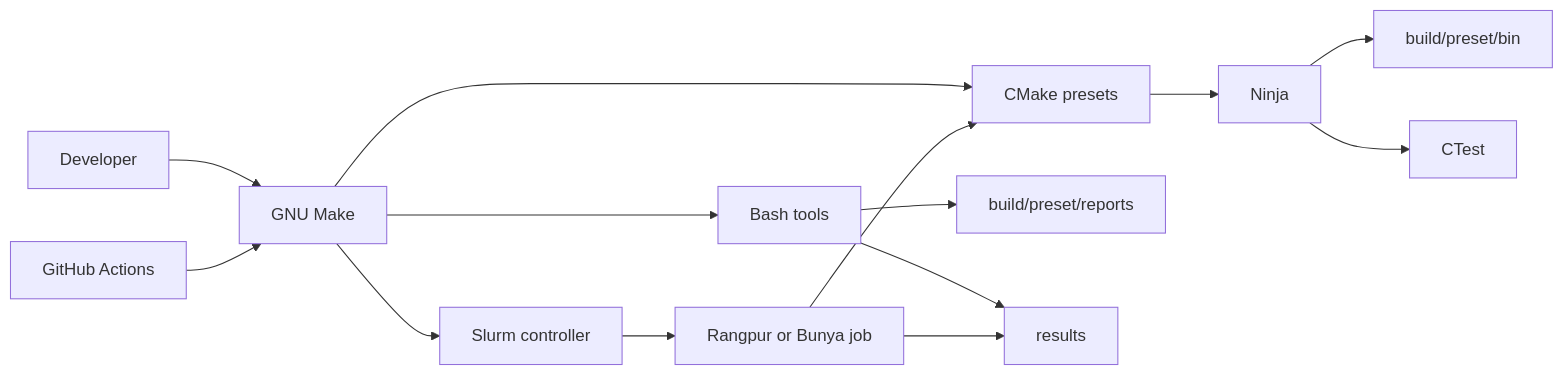
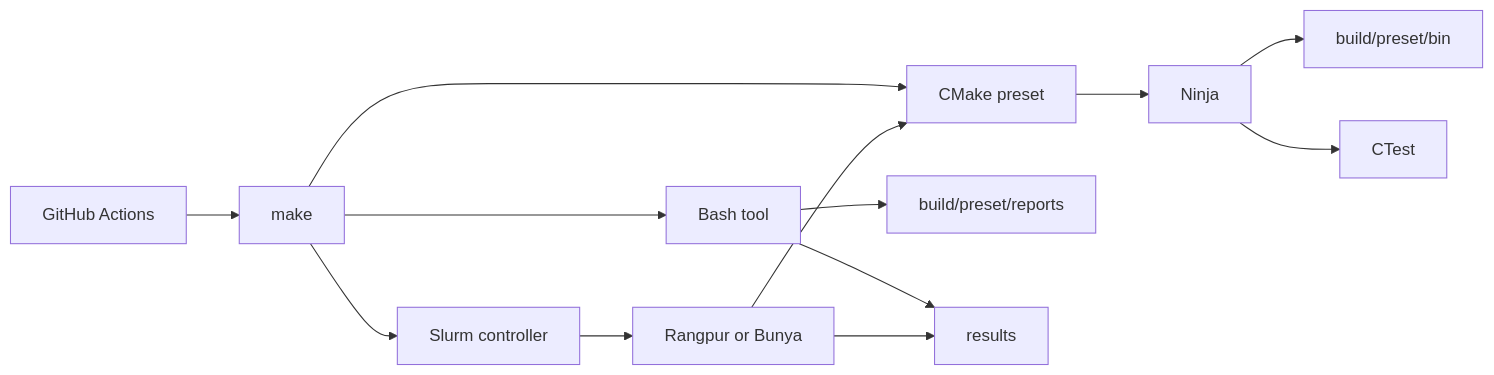
One commit to keys-i/COSC3500 changed the diagram in docs/infra.md. Above: the diagram before and after it, drawn with Mermaid. The commit also changed other lines of this file and 4 other files, not shown here.

````diff
--- a/docs/infra.md
+++ b/docs/infra.md
@@ -24,16 +10,15 @@
 ```mermaid
 flowchart LR
-    Dev[Developer] --> Make[GNU Make]
-    Make --> CMake[CMake presets]
-    Make --> Scripts[Bash tools]
+    User[make] --> CMake[CMake preset]
+    User --> Tool[Bash tool]
     CMake --> Ninja[Ninja]
     Ninja --> Bin[build/preset/bin]
-    Ninja --> Tests[CTest]
-    Scripts --> Build[build/preset/reports]
-    Scripts --> Results[results]
-    Make --> HPC[Slurm controller]
-    HPC --> Job[Rangpur or Bunya job]
+    Ninja --> CTest[CTest]
+    Tool --> Build[build/preset/reports]
+    Tool --> Results[results]
+    User --> HPC[Slurm controller]
+    HPC --> Job[Rangpur or Bunya]
     Job --> CMake
     Job --> Results
-    Actions[GitHub Actions] --> Make
+    Actions[GitHub Actions] --> User
 ```
````
